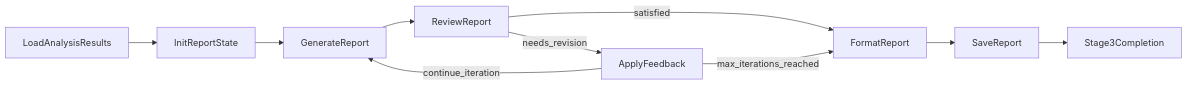
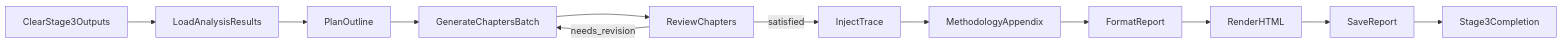
Before and after one commit to Hyacehila/AnalysisPosts: the diagram in doc/stage3_report.md, drawn with Mermaid. The commit also changed other lines of this file and 39 other files, not shown here.

Commit message:
refactor(stage3): modularize report pipeline and update tests/docs

````diff
--- a/doc/stage3_report.md
+++ b/doc/stage3_report.md
@@ -152,12 +31,14 @@
 ```mermaid
 flowchart LR
-    LR[LoadAnalysisResults] --> IS[InitReportState]
-    IS --> GN[GenerateReport]
-    GN --> RN[ReviewReport]
-    RN -->|needs_revision| AF[ApplyFeedback]
-    AF -->|continue_iteration| GN
-    RN -->|satisfied| FR[FormatReport]
-    AF -->|max_iterations_reached| FR
-    FR --> SR[SaveReport]
+    CL[ClearStage3Outputs] --> LR[LoadAnalysisResults]
+    LR --> PO[PlanOutline]
+    PO --> GC[GenerateChaptersBatch]
+    GC --> RC[ReviewChapters]
+    RC -- needs_revision --> GC
+    RC -- satisfied --> IT[InjectTrace]
+    IT --> MA[MethodologyAppendix]
+    MA --> FR[FormatReport]
+    FR --> RH[RenderHTML]
+    RH --> SR[SaveReport]
     SR --> SC[Stage3Completion]
 ```
````
